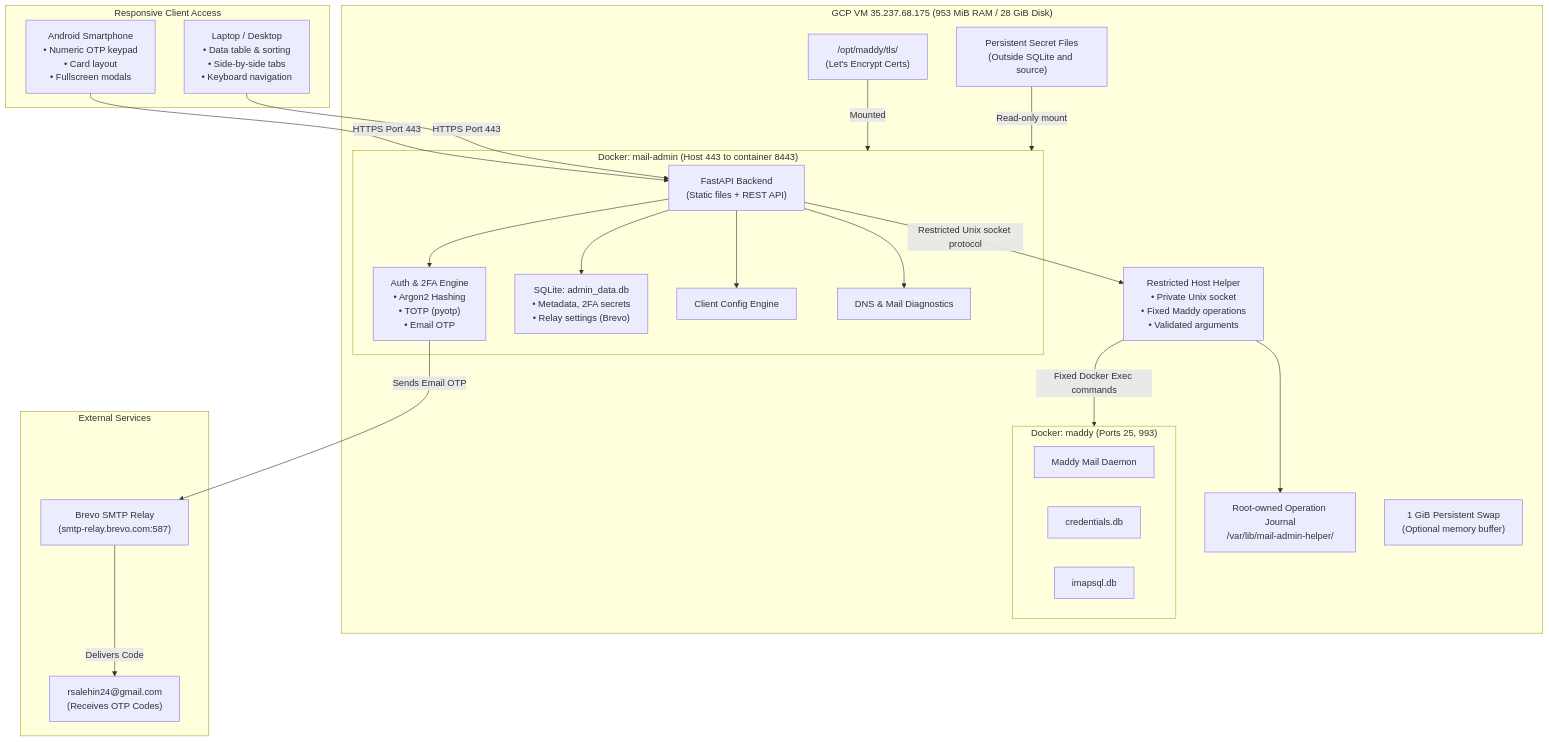
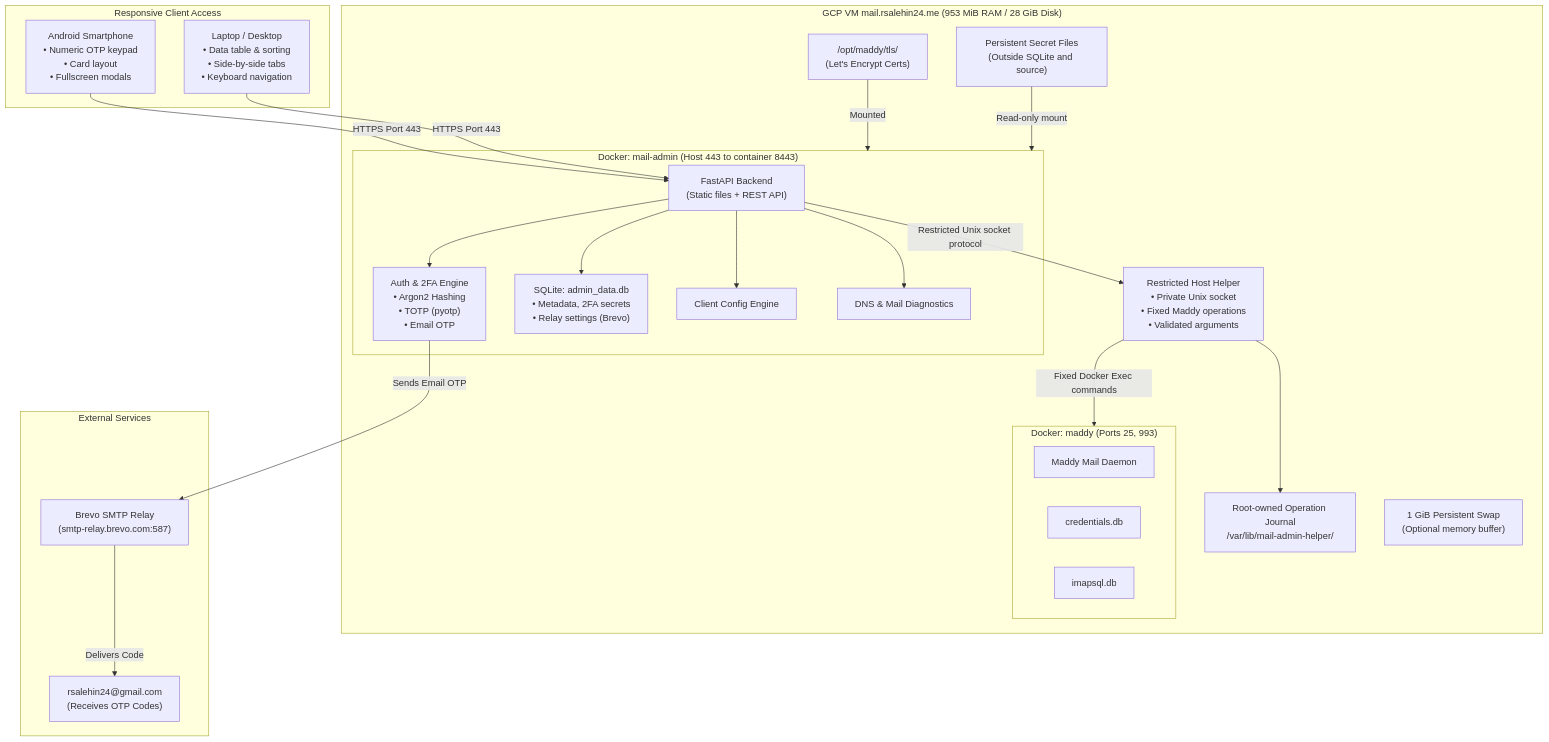
Before and after one commit to RSalehin24/mail: the diagram in docs/mail_admin_dashboard_plan.md, drawn with Mermaid. The commit also changed other lines of this file and 3 other files, not shown here.

````diff
--- a/docs/mail_admin_dashboard_plan.md
+++ b/docs/mail_admin_dashboard_plan.md
@@ -69,49 +69,49 @@
 ```mermaid
 flowchart TD
     subgraph Devices ["Responsive Client Access"]
         AndroidPhone["Android Smartphone\n• Numeric OTP keypad\n• Card layout\n• Fullscreen modals"]
         LaptopDesktop["Laptop / Desktop\n• Data table & sorting\n• Side-by-side tabs\n• Keyboard navigation"]
     end
 
-    subgraph Server ["GCP VM 35.237.68.175 (953 MiB RAM / 28 GiB Disk)"]
+    subgraph Server ["GCP VM mail.rsalehin24.me (953 MiB RAM / 28 GiB Disk)"]
         subgraph AdminContainer ["Docker: mail-admin (Host 443 to container 8443)"]
             FastAPI["FastAPI Backend\n(Static files + REST API)"]
             AuthEngine["Auth & 2FA Engine\n• Argon2 Hashing\n• TOTP (pyotp)\n• Email OTP"]
             SQLite["SQLite: admin_data.db\n• Metadata, 2FA secrets\n• Relay settings (Brevo)"]
             ConfigGen["Client Config Engine"]
             HealthCheck["DNS & Mail Diagnostics"]
         end
 
         HostHelper["Restricted Host Helper\n• Private Unix socket\n• Fixed Maddy operations\n• Validated arguments"]
         HelperJournal["Root-owned Operation Journal\n/var/lib/mail-admin-helper/"]
 
         subgraph MaddyContainer ["Docker: maddy (Ports 25, 993)"]
             MaddyDaemon["Maddy Mail Daemon"]
             MaddyCreds["credentials.db"]
             MaddyIMAP["imapsql.db"]
         end
 
         Swap["1 GiB Persistent Swap\n(Optional memory buffer)"]
         Certs["/opt/maddy/tls/\n(Let's Encrypt Certs)"]
         SecretFiles["Persistent Secret Files\n(Outside SQLite and source)"]
     end
 
     subgraph External ["External Services"]
         BrevoSMTP["Brevo SMTP Relay\n(smtp-relay.brevo.com:587)"]
         GmailInbox["rsalehin24@gmail.com\n(Receives OTP Codes)"]
     end
 
     AndroidPhone -->|HTTPS Port 443| FastAPI
     LaptopDesktop -->|HTTPS Port 443| FastAPI
     FastAPI --> AuthEngine
     FastAPI --> SQLite
     FastAPI --> ConfigGen
     FastAPI --> HealthCheck
     FastAPI -->|Restricted Unix socket protocol| HostHelper
     HostHelper --> HelperJournal
     HostHelper -->|Fixed Docker Exec commands| MaddyContainer
     AuthEngine -->|Sends Email OTP| BrevoSMTP
     BrevoSMTP -->|Delivers Code| GmailInbox
     Certs -->|Mounted| AdminContainer
     SecretFiles -->|Read-only mount| AdminContainer
 ```
````
